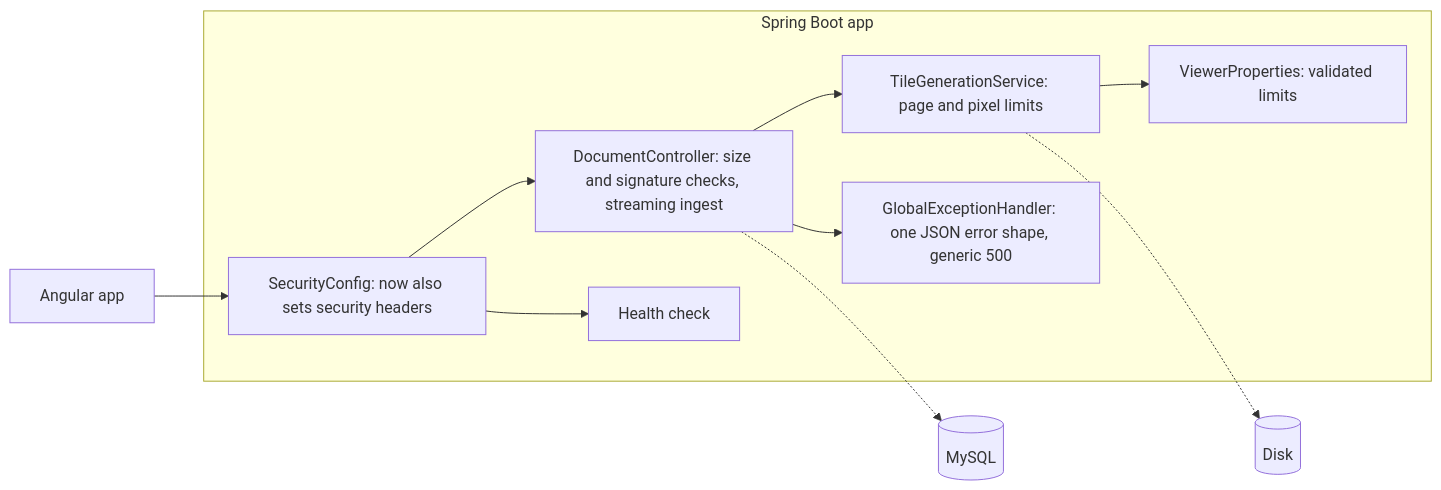
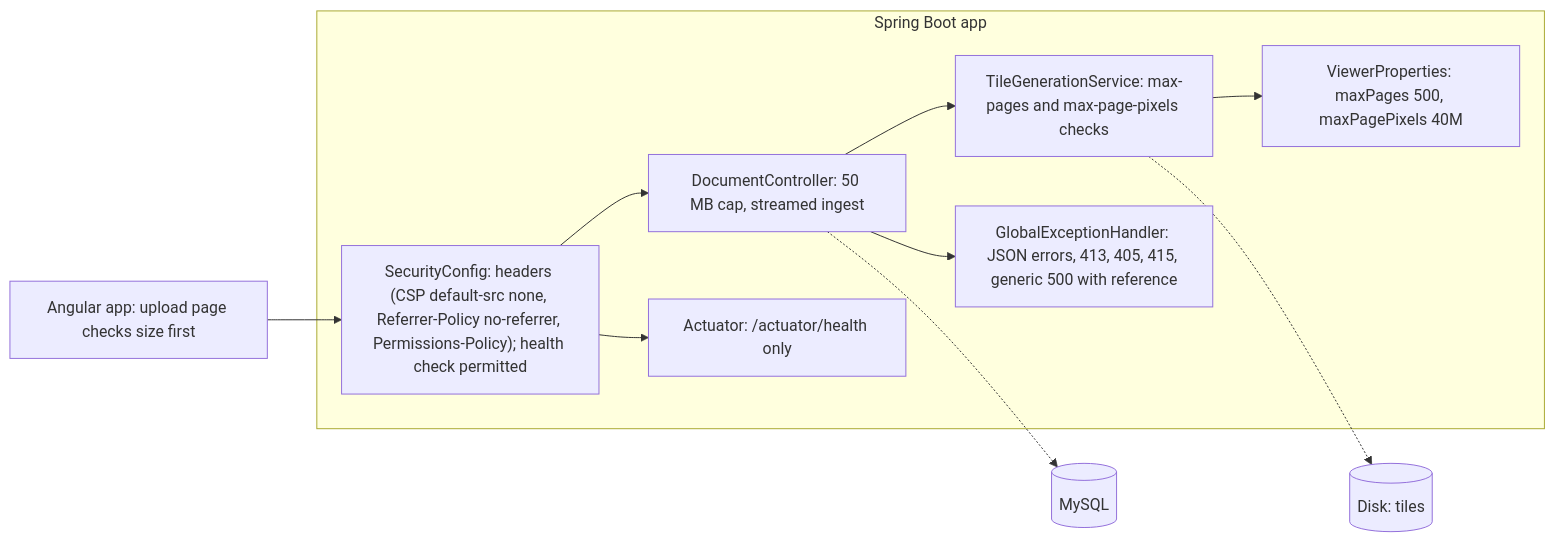
One commit to Sriram-Codes-SW/secure-doc-viewer changed the diagram in book/blueprints/v3-hardening.md. Above: the diagram before and after it, drawn with Mermaid. The commit also changed other lines of this file and 24 other files, not shown here.

````diff
--- a/book/blueprints/v3-hardening.md
+++ b/book/blueprints/v3-hardening.md
@@ -5,20 +5,20 @@
 ```mermaid
 flowchart LR
-    B["Angular app"]
+    B["Angular app: upload page checks size first"]
     subgraph API["Spring Boot app"]
-        SEC["SecurityConfig: now also sets security headers"]
-        DC["DocumentController: size and signature checks, streaming ingest"]
-        TG["TileGenerationService: page and pixel limits"]
-        GEH["GlobalExceptionHandler: one JSON error shape, generic 500"]
-        VP["ViewerProperties: validated limits"]
-        H["Health check"]
+        SEC["SecurityConfig: headers (CSP default-src none, Referrer-Policy no-referrer, Permissions-Policy); health check permitted"]
+        DC["DocumentController: 50 MB cap, streamed ingest"]
+        TG["TileGenerationService: max-pages and max-page-pixels checks"]
+        GEH["GlobalExceptionHandler: JSON errors, 413, 405, 415, generic 500 with reference"]
+        VP["ViewerProperties: maxPages 500, maxPagePixels 40M"]
+        H["Actuator: /actuator/health only"]
     end
     M[("MySQL")]
-    D[("Disk")]
+    D[("Disk: tiles")]
     B --> SEC --> DC --> TG
     TG -.-> D
     DC -.-> M
     DC --> GEH
     TG --> VP
     SEC --> H
 ```
````
